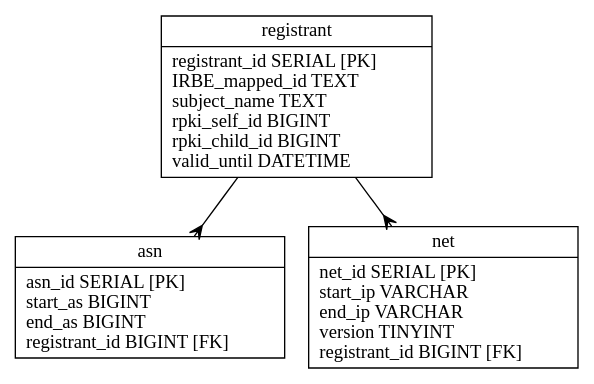
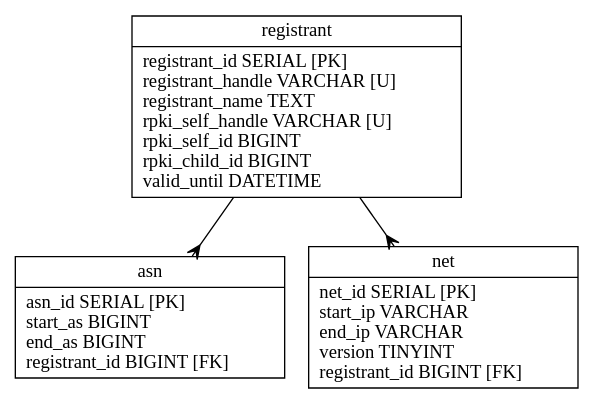
One commit to dragonresearch/rpki.net changed the diagram in rpkid/doc/irdbd.dot. Above: the diagram before and after it, drawn with Graphviz. The commit also changed 21 other files, not shown here.

```diff
--- a/rpkid/doc/irdbd.dot
+++ b/rpkid/doc/irdbd.dot
@@ -1,12 +1,12 @@
 // Automatically generated from irdbd.sql
 
 digraph test {
 	edge [arrowtail=none, arrowhead=crow];
 	graph [ratio=fill, overlap=false, bgcolor=white];
 	node [label="\N", fillcolor=white, shape=record, style=filled];
-	registrant [label="{registrant\n|registrant_id\ SERIAL\ [PK]\lIRBE_mapped_id\ TEXT\lsubject_name\ TEXT\lrpki_self_id\ BIGINT\lrpki_child_id\ BIGINT\lvalid_until\ DATETIME\l}"];
+	registrant [label="{registrant\n|registrant_id\ SERIAL\ [PK]\lregistrant_handle\ VARCHAR\ [U]\lregistrant_name\ TEXT\lrpki_self_handle\ VARCHAR\ [U]\lrpki_self_id\ BIGINT\lrpki_child_id\ BIGINT\lvalid_until\ DATETIME\l}"];
 	asn [label="{asn\n|asn_id\ SERIAL\ [PK]\lstart_as\ BIGINT\lend_as\ BIGINT\lregistrant_id\ BIGINT\ [FK]\l}"];
 	net [label="{net\n|net_id\ SERIAL\ [PK]\lstart_ip\ VARCHAR\lend_ip\ VARCHAR\lversion\ TINYINT\lregistrant_id\ BIGINT\ [FK]\l}"];
 	registrant -> asn;
 	registrant -> net;
 }
```
